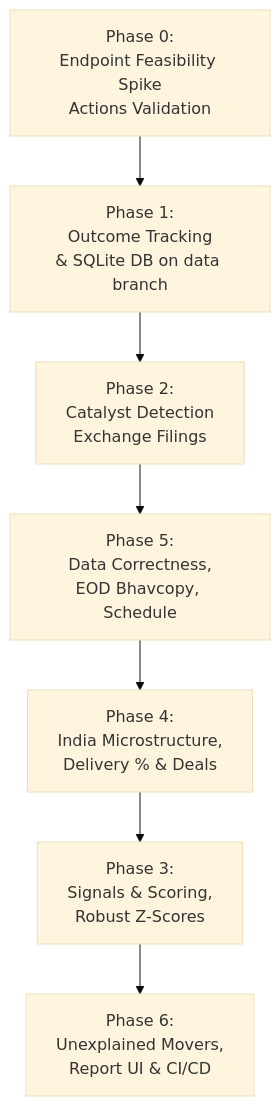
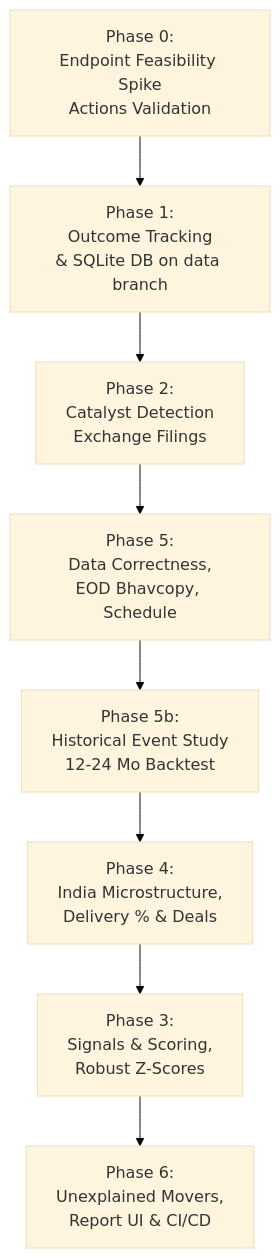
The diagram in PLAN.md (maniarjimmy/insidertrading), drawn with Mermaid (base theme) before and after one commit. The commit also changed other lines of this file and 7 other files, not shown here.

````diff
--- a/PLAN.md
+++ b/PLAN.md
@@ -20,9 +20,10 @@
 ```mermaid
 flowchart TD
     P0[Phase 0:<br/>Endpoint Feasibility Spike<br/>Actions Validation] --> P1[Phase 1:<br/>Outcome Tracking<br/>& SQLite DB on data branch]
     P1 --> P2[Phase 2:<br/>Catalyst Detection<br/>Exchange Filings]
     P2 --> P5[Phase 5:<br/>Data Correctness,<br/>EOD Bhavcopy, Schedule]
-    P5 --> P4[Phase 4:<br/>India Microstructure,<br/>Delivery % & Deals]
+    P5 --> P5b[Phase 5b:<br/>Historical Event Study<br/>12-24 Mo Backtest]
+    P5b --> P4[Phase 4:<br/>India Microstructure,<br/>Delivery % & Deals]
     P4 --> P3[Phase 3:<br/>Signals & Scoring,<br/>Robust Z-Scores]
     P3 --> P6[Phase 6:<br/>Unexplained Movers,<br/>Report UI & CI/CD]
 ```
````
